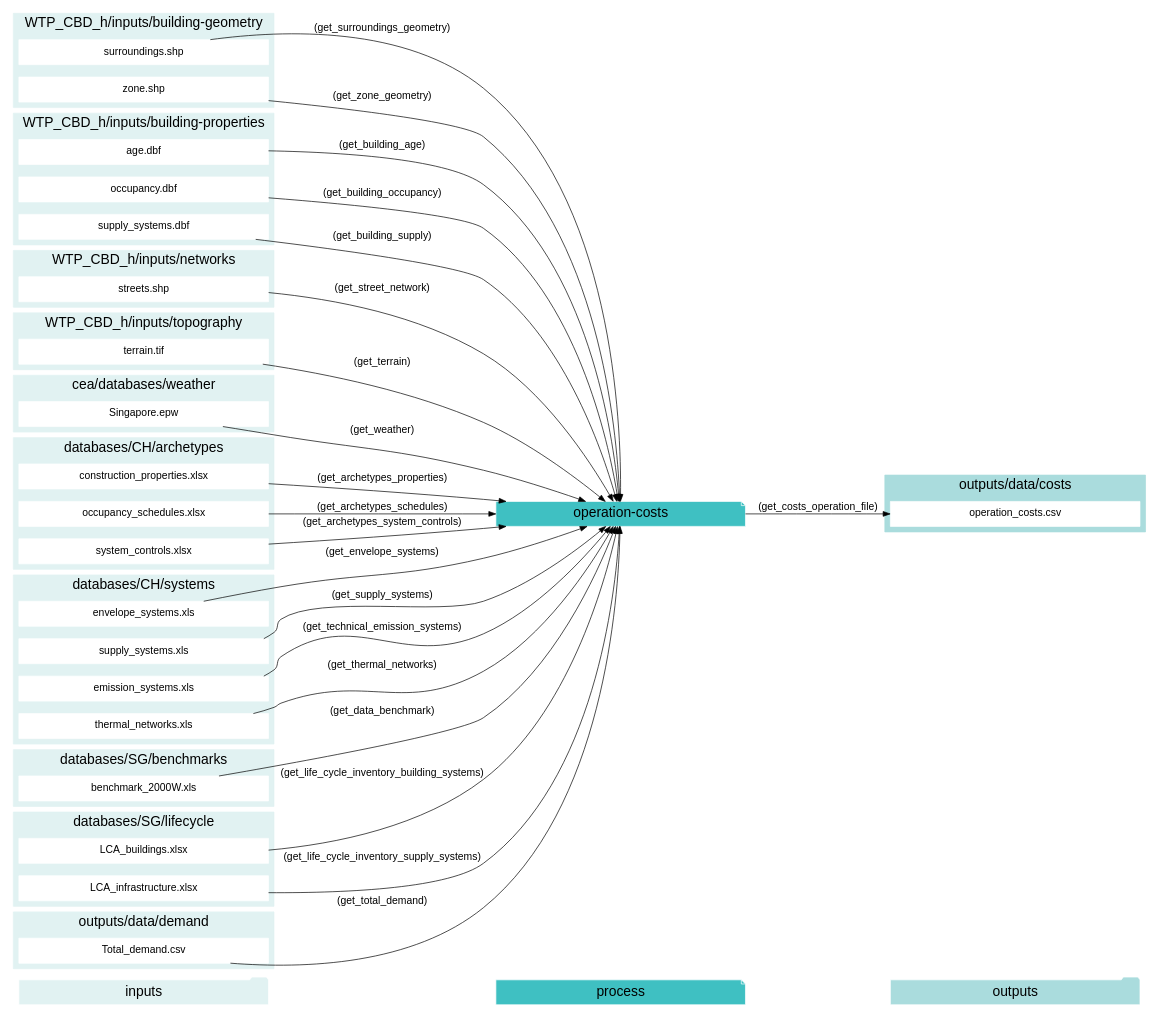
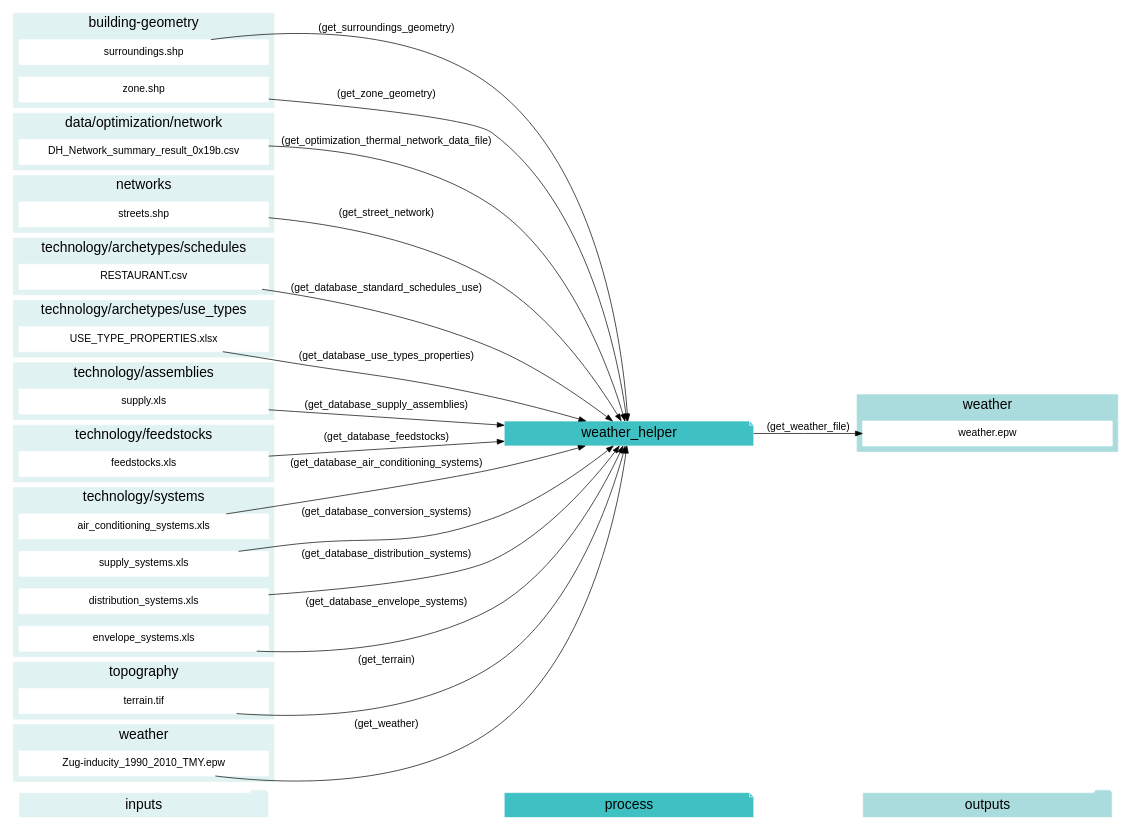
Before and after one commit to architecture-building-systems/CityEnergyAnalyst: the eighth of 20 diagrams in docs/script-data-flow.rst, drawn with Graphviz. The commit also changed other lines of this file and 24 other files, not shown here.

```diff
--- a/docs/script-data-flow.rst
+++ b/docs/script-data-flow.rst
@@ -443,13 +1076,13 @@
     "inputs"->"process"[style=invis]
     "process"->"outputs"[style=invis]
     }
-    "operation-costs"[style=filled, color=white, fillcolor="#3FC0C2", shape=note, fontsize=20, fontname=arial];
+    "weather_helper"[style=filled, color=white, fillcolor="#3FC0C2", shape=note, fontsize=20, fontname=arial];
     subgraph cluster_0_in {
         style = filled;
         color = "#E1F2F2";
         fontsize = 20;
         rank=same;
-        label="WTP_CBD_h/inputs/building-geometry";
+        label="building-geometry";
         "surroundings.shp"
         "zone.shp"
     }
@@ -458,17 +1091,15 @@
         color = "#E1F2F2";
         fontsize = 20;
         rank=same;
-        label="WTP_CBD_h/inputs/building-properties";
-        "age.dbf"
-        "occupancy.dbf"
-        "supply_systems.dbf"
+        label="data/optimization/network";
+        "DH_Network_summary_result_0x19b.csv"
     }
     subgraph cluster_2_in {
         style = filled;
         color = "#E1F2F2";
         fontsize = 20;
         rank=same;
-        label="WTP_CBD_h/inputs/networks";
+        label="networks";
         "streets.shp"
     }
     subgraph cluster_3_in {
@@ -476,89 +1107,81 @@
         color = "#E1F2F2";
         fontsize = 20;
         rank=same;
-        label="WTP_CBD_h/inputs/topography";
-        "terrain.tif"
+        label="technology/archetypes/schedules";
+        "RESTAURANT.csv"
     }
     subgraph cluster_4_in {
         style = filled;
         color = "#E1F2F2";
         fontsize = 20;
         rank=same;
-        label="cea/databases/weather";
-        "Singapore.epw"
+        label="technology/archetypes/use_types";
+        "USE_TYPE_PROPERTIES.xlsx"
     }
     subgraph cluster_5_in {
         style = filled;
         color = "#E1F2F2";
         fontsize = 20;
         rank=same;
-        label="databases/CH/archetypes";
-        "construction_properties.xlsx"
-        "occupancy_schedules.xlsx"
-        "system_controls.xlsx"
+        label="technology/assemblies";
+        "supply.xls"
     }
     subgraph cluster_6_in {
         style = filled;
         color = "#E1F2F2";
         fontsize = 20;
         rank=same;
-        label="databases/CH/systems";
-        "envelope_systems.xls"
-        "supply_systems.xls"
-        "emission_systems.xls"
-        "thermal_networks.xls"
+        label="technology/feedstocks";
+        "feedstocks.xls"
     }
     subgraph cluster_7_in {
         style = filled;
         color = "#E1F2F2";
         fontsize = 20;
         rank=same;
-        label="databases/SG/benchmarks";
-        "benchmark_2000W.xls"
+        label="technology/systems";
+        "air_conditioning_systems.xls"
+        "supply_systems.xls"
+        "distribution_systems.xls"
+        "envelope_systems.xls"
     }
     subgraph cluster_8_in {
         style = filled;
         color = "#E1F2F2";
         fontsize = 20;
         rank=same;
-        label="databases/SG/lifecycle";
-        "LCA_buildings.xlsx"
-        "LCA_infrastructure.xlsx"
+        label="topography";
+        "terrain.tif"
+    }
+    subgraph cluster_9_in {
+        style = filled;
+        color = "#E1F2F2";
+        fontsize = 20;
+        rank=same;
+        label="weather";
+        "Zug-inducity_1990_2010_TMY.epw"
     }
     subgraph cluster_9_out {
         style = filled;
         color = "#aadcdd";
         fontsize = 20;
         rank=same;
-        label="outputs/data/costs";
-        "operation_costs.csv"
+        label="weather";
+        "weather.epw"
     }
-    subgraph cluster_10_in {
-        style = filled;
-        color = "#E1F2F2";
-        fontsize = 20;
-        rank=same;
-        label="outputs/data/demand";
-        "Total_demand.csv"
+    "air_conditioning_systems.xls" -> "weather_helper"[label="(get_database_air_conditioning_systems)"]
+    "supply_systems.xls" -> "weather_helper"[label="(get_database_conversion_systems)"]
+    "distribution_systems.xls" -> "weather_helper"[label="(get_database_distribution_systems)"]
+    "envelope_systems.xls" -> "weather_helper"[label="(get_database_envelope_systems)"]
+    "feedstocks.xls" -> "weather_helper"[label="(get_database_feedstocks)"]
+    "RESTAURANT.csv" -> "weather_helper"[label="(get_database_standard_schedules_use)"]
+    "supply.xls" -> "weather_helper"[label="(get_database_supply_assemblies)"]
+    "USE_TYPE_PROPERTIES.xlsx" -> "weather_helper"[label="(get_database_use_types_properties)"]
+    "DH_Network_summary_result_0x19b.csv" -> "weather_helper"[label="(get_optimization_thermal_network_data_file)"]
+    "streets.shp" -> "weather_helper"[label="(get_street_network)"]
+    "surroundings.shp" -> "weather_helper"[label="(get_surroundings_geometry)"]
+    "terrain.tif" -> "weather_helper"[label="(get_terrain)"]
+    "Zug-inducity_1990_2010_TMY.epw" -> "weather_helper"[label="(get_weather)"]
+    "zone.shp" -> "weather_helper"[label="(get_zone_geometry)"]
+    "weather_helper" -> "weather.epw"[label="(get_weather_file)"]
     }
-    "construction_properties.xlsx" -> "operation-costs"[label="(get_archetypes_properties)"]
-    "occupancy_schedules.xlsx" -> "operation-costs"[label="(get_archetypes_schedules)"]
-    "system_controls.xlsx" -> "operation-costs"[label="(get_archetypes_system_controls)"]
-    "age.dbf" -> "operation-costs"[label="(get_building_age)"]
-    "occupancy.dbf" -> "operation-costs"[label="(get_building_occupancy)"]
-    "supply_systems.dbf" -> "operation-costs"[label="(get_building_supply)"]
-    "benchmark_2000W.xls" -> "operation-costs"[label="(get_data_benchmark)"]
-    "surroundings.shp" -> "operation-costs"[label="(get_surroundings_geometry)"]
-    "envelope_systems.xls" -> "operation-costs"[label="(get_envelope_systems)"]
-    "LCA_buildings.xlsx" -> "operation-costs"[label="(get_life_cycle_inventory_building_systems)"]
-    "LCA_infrastructure.xlsx" -> "operation-costs"[label="(get_life_cycle_inventory_supply_systems)"]
-    "streets.shp" -> "operation-costs"[label="(get_street_network)"]
-    "supply_systems.xls" -> "operation-costs"[label="(get_supply_systems)"]
-    "emission_systems.xls" -> "operation-costs"[label="(get_technical_emission_systems)"]
-    "terrain.tif" -> "operation-costs"[label="(get_terrain)"]
-    "thermal_networks.xls" -> "operation-costs"[label="(get_thermal_networks)"]
-    "Total_demand.csv" -> "operation-costs"[label="(get_total_demand)"]
-    "Singapore.epw" -> "operation-costs"[label="(get_weather)"]
-    "zone.shp" -> "operation-costs"[label="(get_zone_geometry)"]
-    "operation-costs" -> "operation_costs.csv"[label="(get_costs_operation_file)"]
-    }
```
